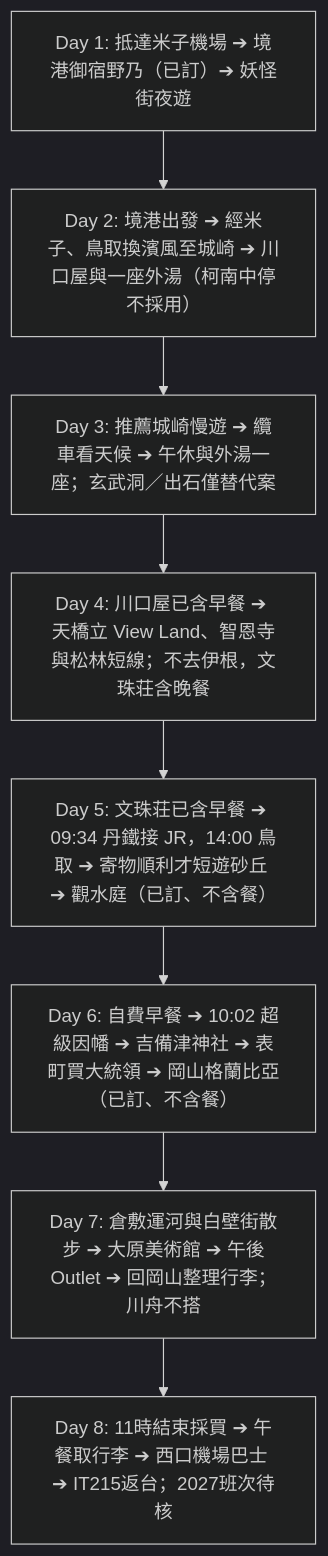
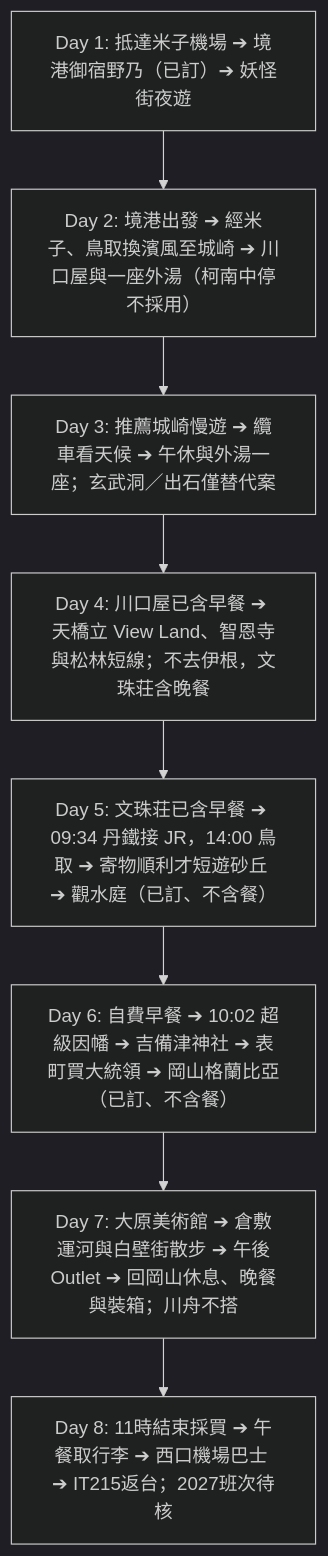
The diagram in README.md (iamkeith001/sanin-trip-2027), drawn with Mermaid (dark theme) before and after one commit. The commit also changed other lines of this file and 5 other files, not shown here.

````diff
--- a/README.md
+++ b/README.md
@@ -64,10 +64,10 @@
 ```mermaid
 graph TD
     Day1[Day 1: 抵達米子機場 ➔ 境港御宿野乃（已訂）➔ 妖怪街夜遊] --> Day2[Day 2: 境港出發 ➔ 經米子、鳥取換濱風至城崎 ➔ 川口屋與一座外湯（柯南中停不採用）]
     Day2 --> Day3[Day 3: 推薦城崎慢遊 ➔ 纜車看天候 ➔ 午休與外湯一座；玄武洞／出石僅替代案]
     Day3 --> Day4[Day 4: 川口屋已含早餐 ➔ 天橋立 View Land、智恩寺與松林短線；不去伊根，文珠荘含晚餐]
     Day4 --> Day5[Day 5: 文珠荘已含早餐 ➔ 09:34 丹鐵接 JR，14:00 鳥取 ➔ 寄物順利才短遊砂丘 ➔ 觀水庭（已訂、不含餐）]
     Day5 --> Day6[Day 6: 自費早餐 ➔ 10:02 超級因幡 ➔ 吉備津神社 ➔ 表町買大統領 ➔ 岡山格蘭比亞（已訂、不含餐）]
-    Day6 --> Day7[Day 7: 倉敷運河與白壁街散步 ➔ 大原美術館 ➔ 午後Outlet ➔ 回岡山整理行李；川舟不搭]
+    Day6 --> Day7[Day 7: 大原美術館 ➔ 倉敷運河與白壁街散步 ➔ 午後Outlet ➔ 回岡山休息、晚餐與裝箱；川舟不搭]
     Day7 --> Day8[Day 8: 11時結束採買 ➔ 午餐取行李 ➔ 西口機場巴士 ➔ IT215返台；2027班次待核]
 ```
````
